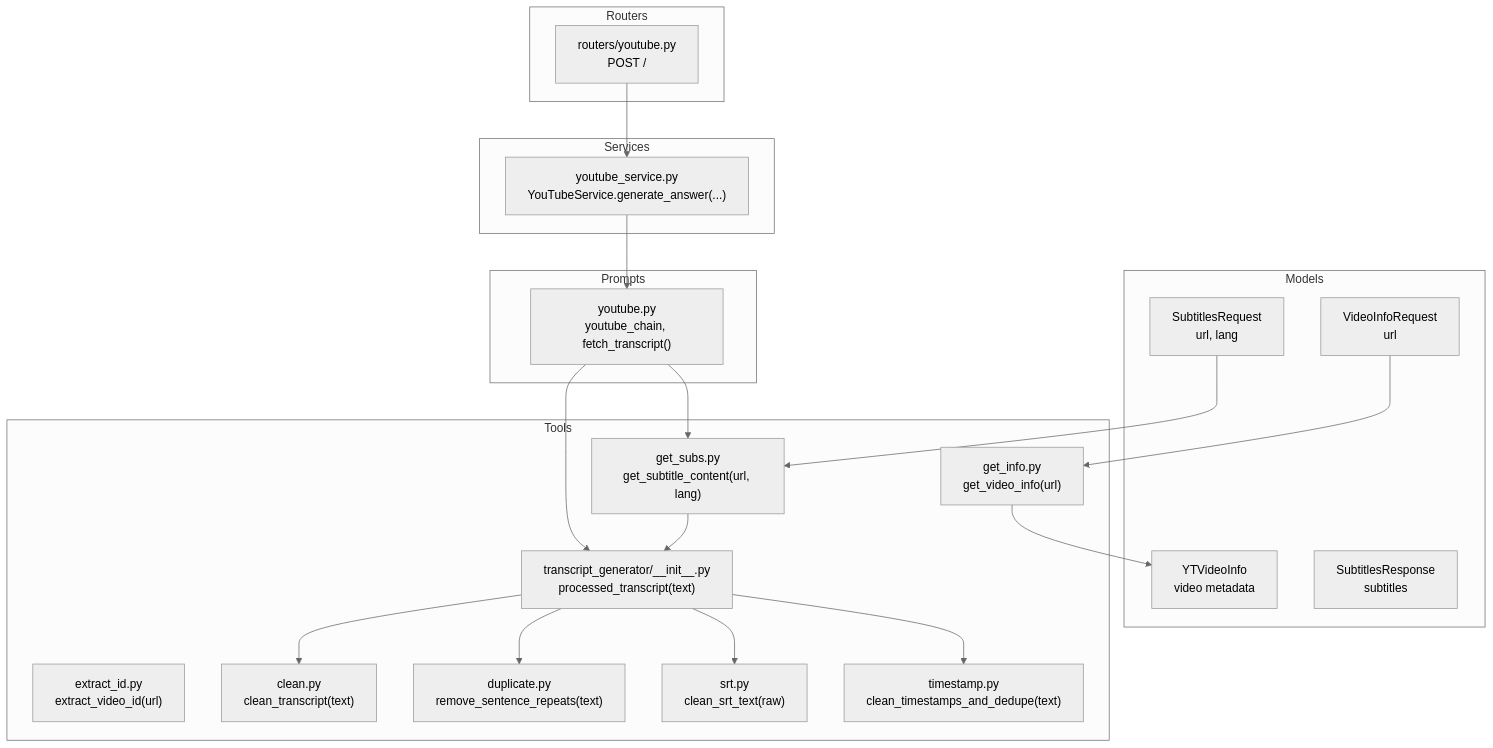
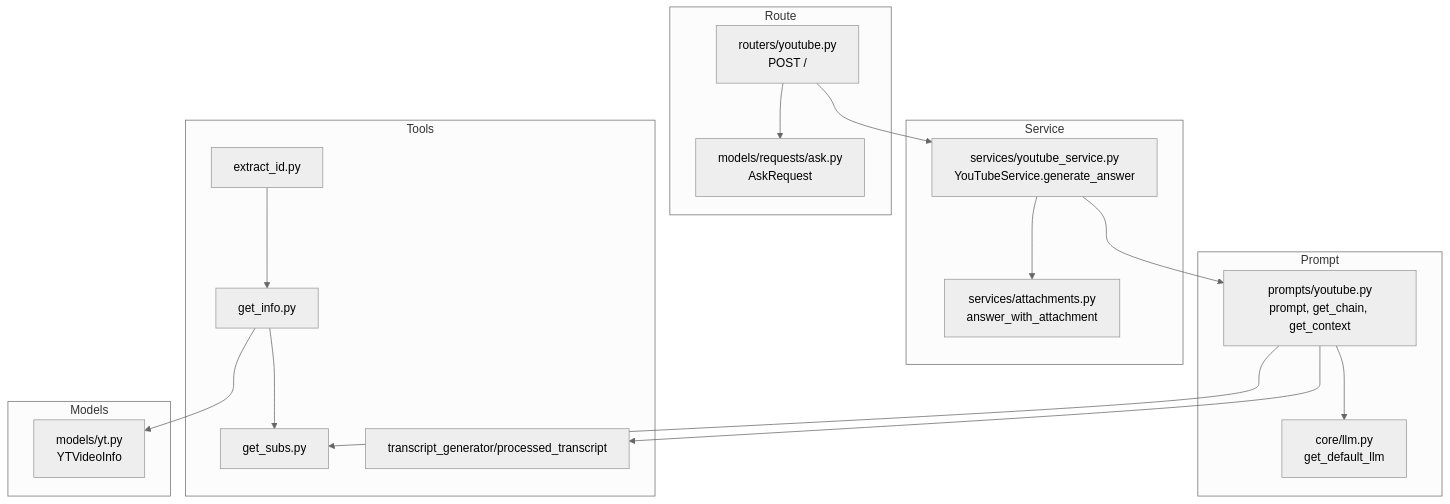
Before and after one commit to tashifkhan/tashif.codes: the first of 6 diagrams in src/data/docs/agentic-browser/Data Models and Schemas/YouTube Data Models.md, drawn with Mermaid (neutral theme). The commit also changed other lines of this file and 114 other files, not shown here.

````diff
--- a/src/data/docs/agentic-browser/Data Models and Schemas/YouTube Data Models.md
+++ b/src/data/docs/agentic-browser/Data Models and Schemas/YouTube Data Models.md
@@ -14,40 +18,34 @@
 ```mermaid
 graph TB
-subgraph "Models"
-YT["YTVideoInfo<br/>video metadata"]
-ReqVI["VideoInfoRequest<br/>url"]
-ReqSub["SubtitlesRequest<br/>url, lang"]
-ResSub["SubtitlesResponse<br/>subtitles"]
+subgraph "Route"
+  RT["routers/youtube.py<br/>POST /"]
+  REQ["models/requests/ask.py<br/>AskRequest"]
+end
+subgraph "Service"
+  SVC["services/youtube_service.py<br/>YouTubeService.generate_answer"]
+  ATT["services/attachments.py<br/>answer_with_attachment"]
+end
+subgraph "Prompt"
+  PR["prompts/youtube.py<br/>prompt, get_chain, get_context"]
+  LLM["core/llm.py<br/>get_default_llm"]
 end
 subgraph "Tools"
-ExtractID["extract_id.py<br/>extract_video_id(url)"]
-GetInfo["get_info.py<br/>get_video_info(url)"]
-GetSubs["get_subs.py<br/>get_subtitle_content(url, lang)"]
-TGInit["transcript_generator/__init__.py<br/>processed_transcript(text)"]
-TGClean["clean.py<br/>clean_transcript(text)"]
-TGDup["duplicate.py<br/>remove_sentence_repeats(text)"]
-TGSRT["srt.py<br/>clean_srt_text(raw)"]
-TGTs["timestamp.py<br/>clean_timestamps_and_dedupe(text)"]
+  ID["extract_id.py"]
+  INFO["get_info.py"]
+  SUBS["get_subs.py"]
+  TG["transcript_generator/processed_transcript"]
 end
-subgraph "Prompts"
-YTChain["youtube.py<br/>youtube_chain, fetch_transcript()"]
+subgraph "Models"
+  YT["models/yt.py<br/>YTVideoInfo"]
 end
-subgraph "Services"
-YTSvc["youtube_service.py<br/>YouTubeService.generate_answer(...)"]
-end
-subgraph "Routers"
-YTAPI["routers/youtube.py<br/>POST /"]
-end
-ReqVI --> GetInfo
-ReqSub --> GetSubs
-GetInfo --> YT
-GetSubs --> TGInit
-TGInit --> TGClean
-TGInit --> TGDup
-TGInit --> TGSRT
-TGInit --> TGTs
-YTChain --> GetSubs
-YTChain --> TGInit
-YTSvc --> YTChain
-YTAPI --> YTSvc
+RT --> REQ
+RT --> SVC
+SVC --> PR
+SVC --> ATT
+PR --> SUBS
+PR --> TG
+PR --> LLM
+INFO --> YT
+INFO --> SUBS
+ID --> INFO
 ```
````
